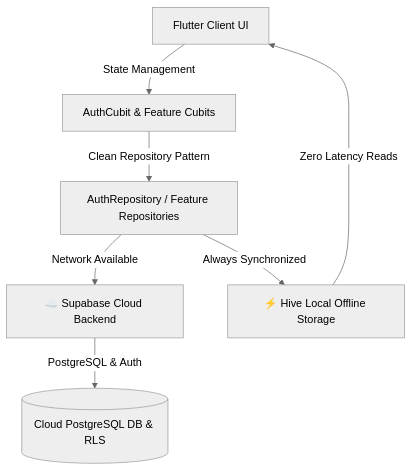
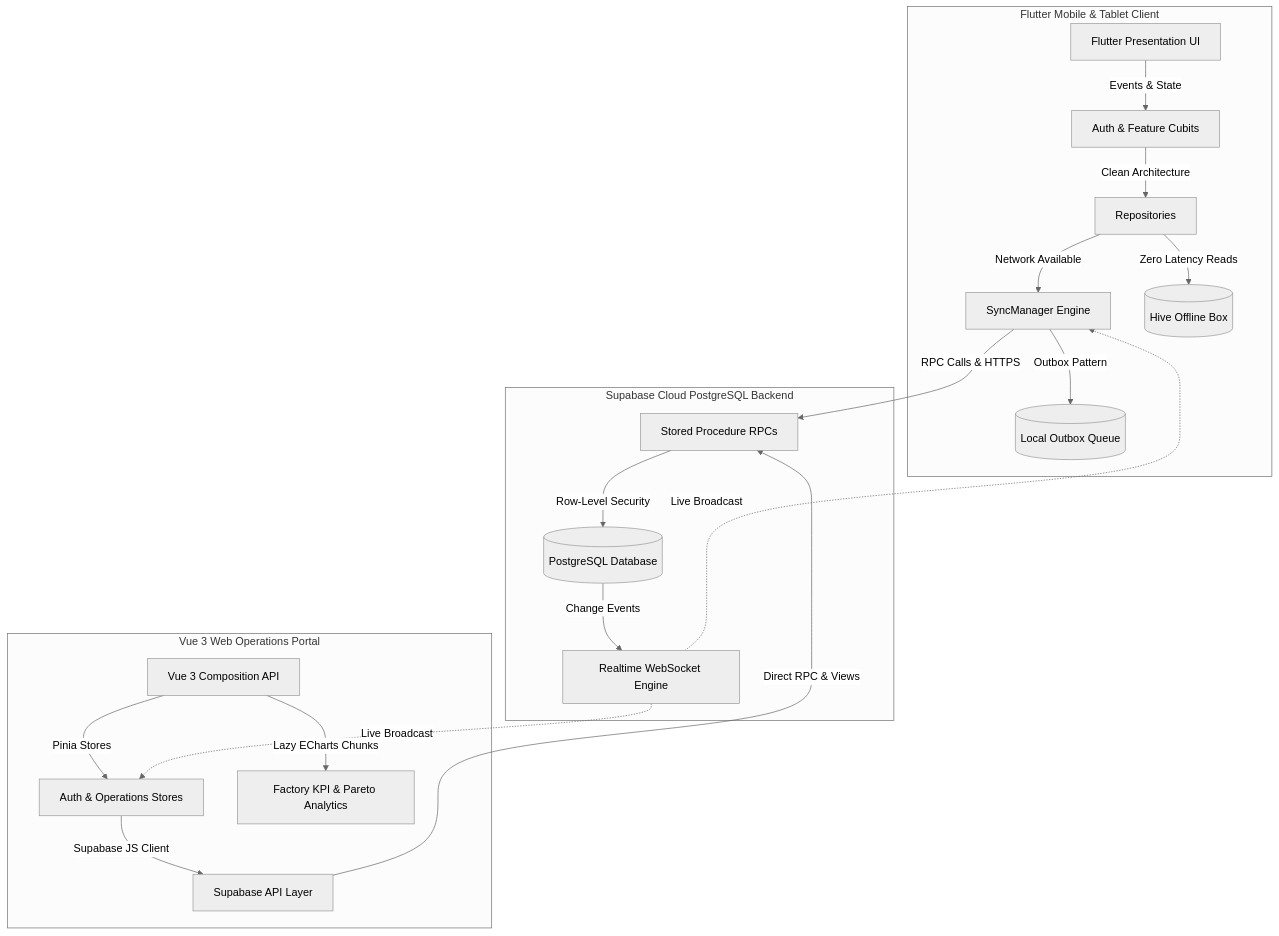
One commit to mahmoudshahin1/CMMS-Cable changed the first of 2 diagrams in README.md. Above: the diagram before and after it, drawn with Mermaid (neutral theme). The commit also changed other lines of this file and 7 other files, not shown here.

Commit message:
docs: update comprehensive README with live screenshots, architecture, and troubleshooting

````diff
--- a/README.md
+++ b/README.md
@@ -157,9 +167,25 @@
 ```mermaid
 graph TD
-    A[Flutter Client UI] -->|State Management| B[AuthCubit & Feature Cubits]
-    B -->|Clean Repository Pattern| C[AuthRepository / Feature Repositories]
-    C -->|Network Available| D[☁️ Supabase Cloud Backend]
-    D -->|PostgreSQL & Auth| E[(Cloud PostgreSQL DB & RLS)]
-    C -->|Always Synchronized| F[⚡ Hive Local Offline Storage]
-    F -->|Zero Latency Reads| A
+    subgraph Mobile Client [Flutter Mobile & Tablet Client]
+        UI[Flutter Presentation UI] -->|Events & State| BLoC[Auth & Feature Cubits]
+        BLoC -->|Clean Architecture| Repo[Repositories]
+        Repo -->|Network Available| SyncMgr[SyncManager Engine]
+        Repo -->|Zero Latency Reads| LocalDB[(Hive Offline Box)]
+        SyncMgr -->|Outbox Pattern| Outbox[(Local Outbox Queue)]
+    end
+
+    subgraph Web Dashboard [Vue 3 Web Operations Portal]
+        WebUI[Vue 3 Composition API] -->|Pinia Stores| Stores[Auth & Operations Stores]
+        Stores -->|Supabase JS Client| SupaClient[Supabase API Layer]
+        WebUI -->|Lazy ECharts Chunks| Analytics[Factory KPI & Pareto Analytics]
+    end
+
+    subgraph Supabase Cloud [Supabase Cloud PostgreSQL Backend]
+        SyncMgr -->|RPC Calls & HTTPS| RPC[Stored Procedure RPCs]
+        SupaClient -->|Direct RPC & Views| RPC
+        RPC -->|Row-Level Security| PG[(PostgreSQL Database)]
+        PG -->|Change Events| RT[Realtime WebSocket Engine]
+        RT -.->|Live Broadcast| SyncMgr
+        RT -.->|Live Broadcast| Stores
+    end
 ```
````
